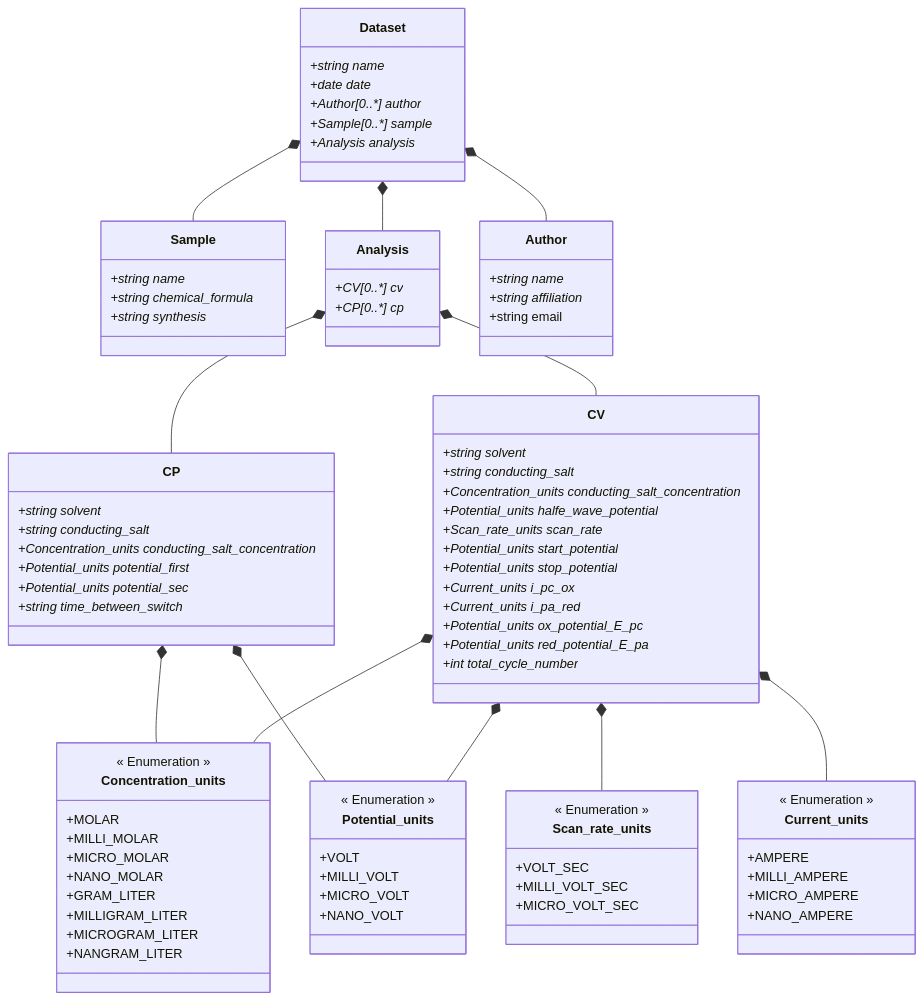
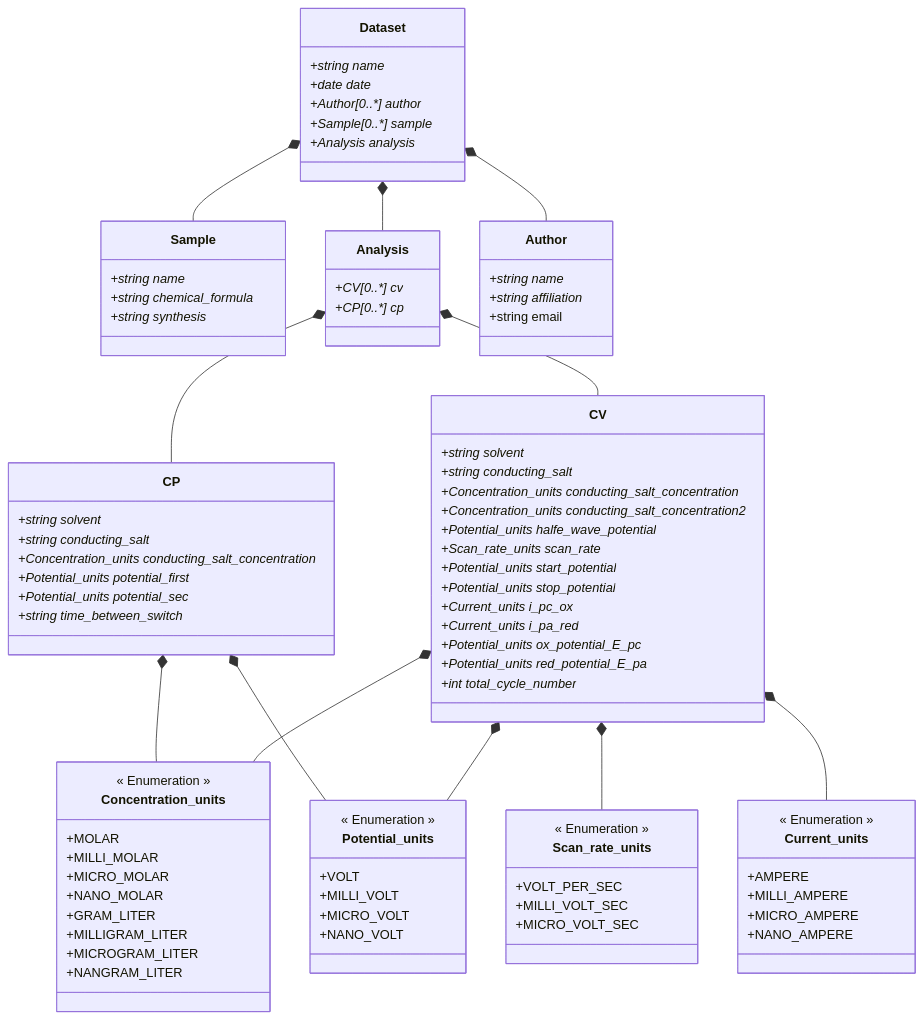
The diagram in ElectrochemistryDataModel/schemes/electrochemistrydatamodel_schema.md (FAIRChemistry/datamodel-electrochemistry), drawn with Mermaid before and after one commit. The commit also changed 8 other files, not shown here.

```diff
--- a/ElectrochemistryDataModel/schemes/electrochemistrydatamodel_schema.md
+++ b/ElectrochemistryDataModel/schemes/electrochemistrydatamodel_schema.md
@@ -44,6 +44,7 @@
         +string solvent*
         +string conducting_salt*
         +Concentration_units conducting_salt_concentration*
+        +Concentration_units conducting_salt_concentration2*
         +Potential_units halfe_wave_potential*
         +Scan_rate_units scan_rate*
         +Potential_units start_potential*
@@ -75,7 +76,7 @@
     
     class Scan_rate_units {
         << Enumeration >>
-        +VOLT_SEC
+        +VOLT_PER_SEC
         +MILLI_VOLT_SEC
         +MICRO_VOLT_SEC
     }
```
